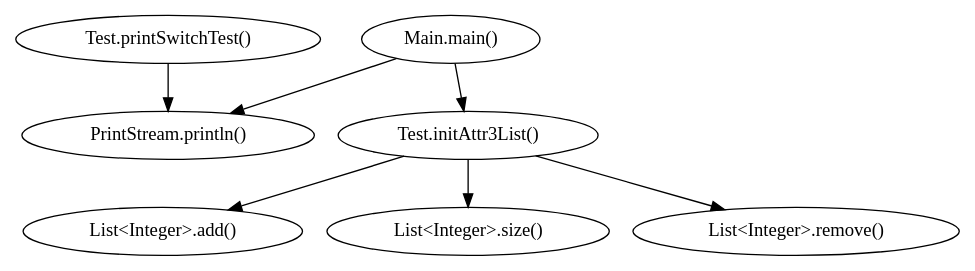
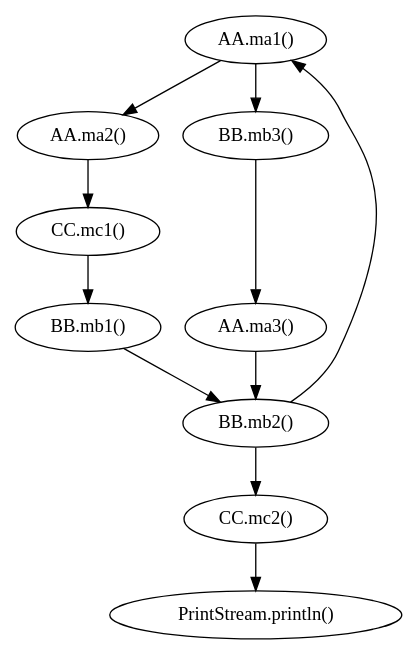
Before and after one commit to L-zed/AnalyseStatique: the diagram in TP1/target/classes/graph.dot, drawn with Graphviz. The commit also changed 39 other files, not shown here.

Commit message:
graph + question 12

```diff
--- a/TP1/target/classes/graph.dot
+++ b/TP1/target/classes/graph.dot
@@ -1,8 +1,12 @@
 digraph "graph" {
-	"Test.printSwitchTest()"->"PrintStream.println()";
-	"Test.initAttr3List()"->"List<Integer>.add()";
-	"Test.initAttr3List()"->"List<Integer>.size()";
-	"Test.initAttr3List()"->"List<Integer>.remove()";
-	"Main.main()"->"Test.initAttr3List()";
-	"Main.main()"->"PrintStream.println()";
+	"AA.ma1()"->"AA.ma2()";
+	"AA.ma1()"->"BB.mb3()";
+	"AA.ma2()"->"CC.mc1()";
+	"AA.ma3()"->"BB.mb2()";
+	"CC.mc1()"->"BB.mb1()";
+	"CC.mc2()"->"PrintStream.println()";
+	"BB.mb1()"->"BB.mb2()";
+	"BB.mb2()"->"CC.mc2()";
+	"BB.mb2()"->"AA.ma1()";
+	"BB.mb3()"->"AA.ma3()";
 }
```
